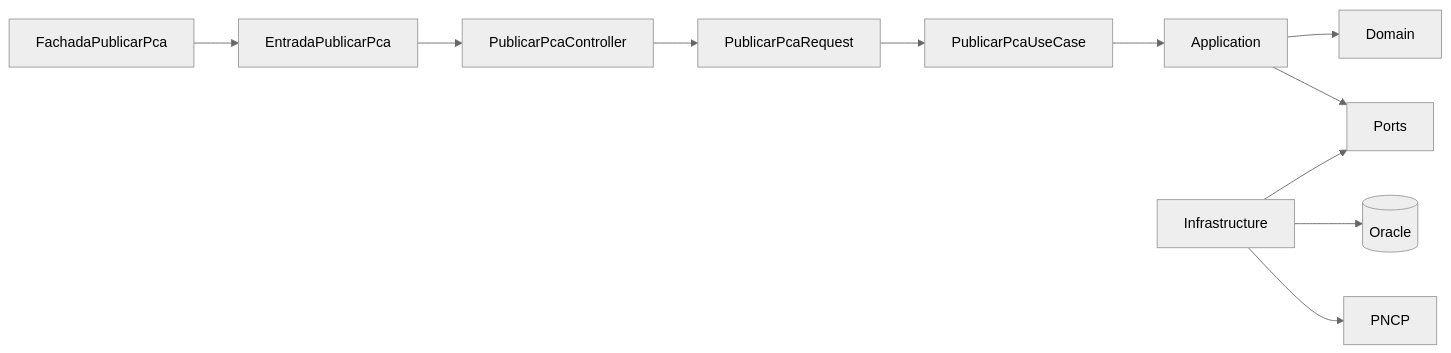
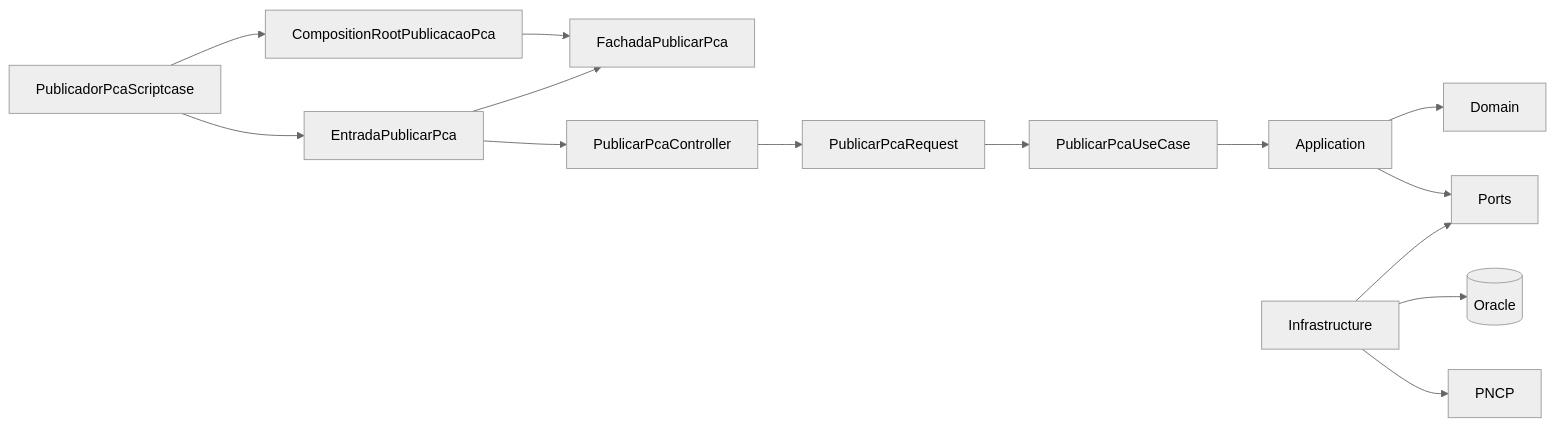
Before and after one commit to JhonnyRodrigues/pca-pncp-backend: the first of 3 diagrams in docs/vigentes/apoio/guia_de_leitura_do_codigo.md, drawn with Mermaid (neutral theme). The commit also changed other lines of this file and 22 other files, not shown here.

````diff
--- a/docs/vigentes/apoio/guia_de_leitura_do_codigo.md
+++ b/docs/vigentes/apoio/guia_de_leitura_do_codigo.md
@@ -16,13 +16,16 @@
 ```mermaid
 flowchart LR
-    F[FachadaPublicarPca] --> E[EntradaPublicarPca]
+    S[PublicadorPcaScriptcase] --> CR[CompositionRootPublicacaoPca]
+    CR --> F[FachadaPublicarPca]
+    S --> E[EntradaPublicarPca]
+    E --> F
     E --> C[PublicarPcaController]
     C --> R[PublicarPcaRequest]
     R --> U[PublicarPcaUseCase]
     U --> A[Application]
     A --> D[Domain]
     A --> P[Ports]
     I[Infrastructure] --> P
     I --> O[(Oracle)]
     I --> N[PNCP]
 ```
````
